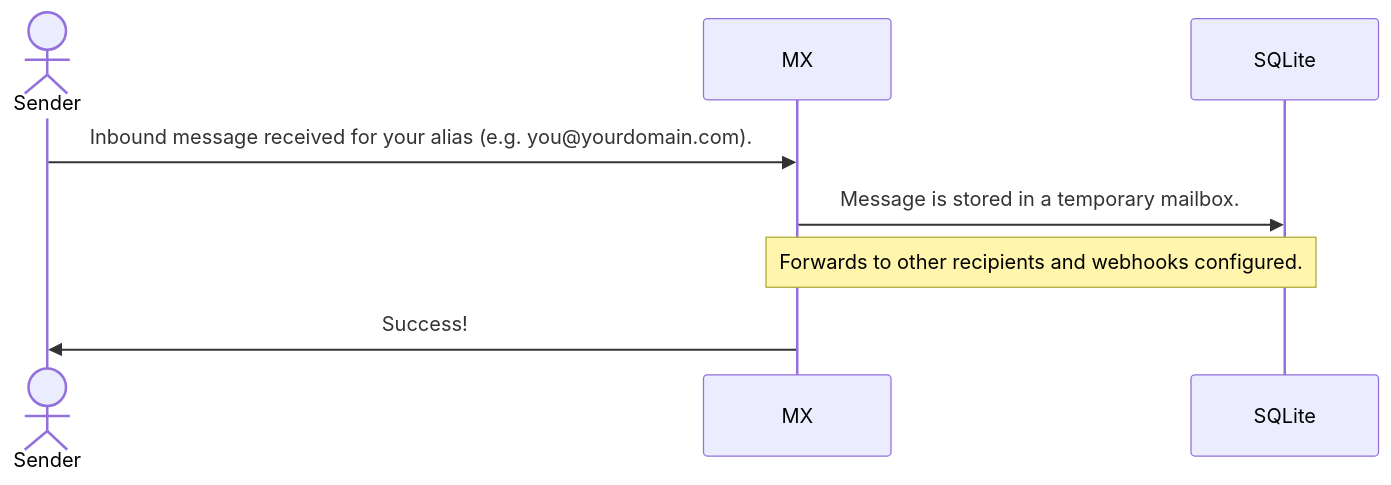
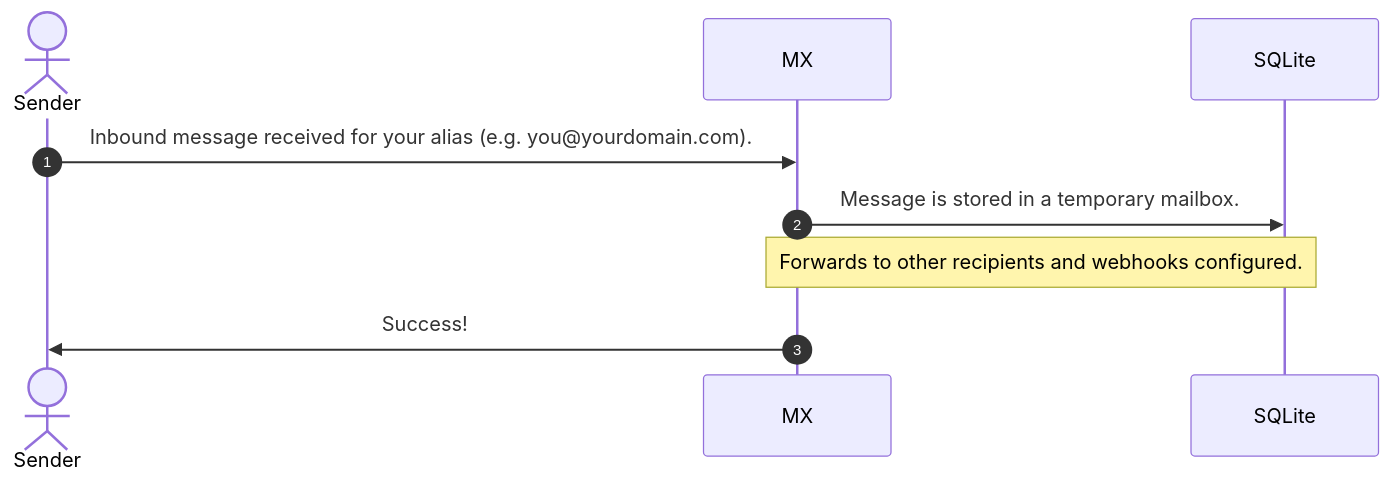
Before and after one commit to forwardemail/forwardemail.net: the first of 2 diagrams in app/views/encrypted-email/index.md, drawn with Mermaid. The commit also changed other lines of this file and 45 other files, not shown here.

````diff
--- a/app/views/encrypted-email/index.md
+++ b/app/views/encrypted-email/index.md
@@ -80,8 +81,9 @@
      ```mermaid
      sequenceDiagram
+         autonumber
          actor Sender
          Sender->>MX: Inbound message received for your alias (e.g. you@yourdomain.com).
          MX->>SQLite: Message is stored in a temporary mailbox.
          Note over MX,SQLite: Forwards to other recipients and webhooks configured.
          MX->>Sender: Success!
      ```
````
